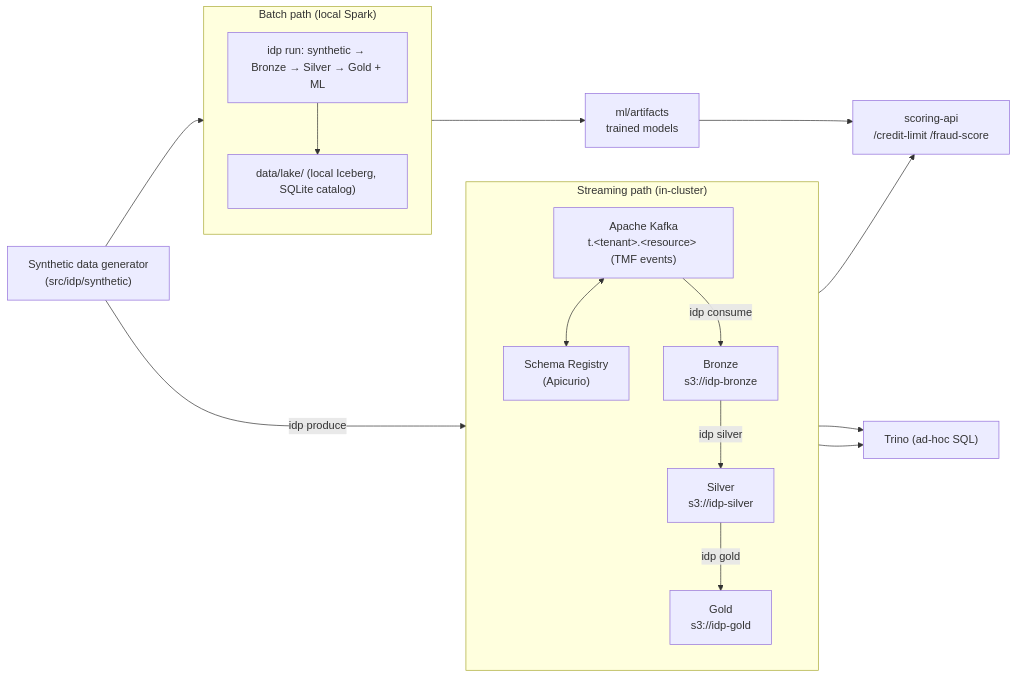
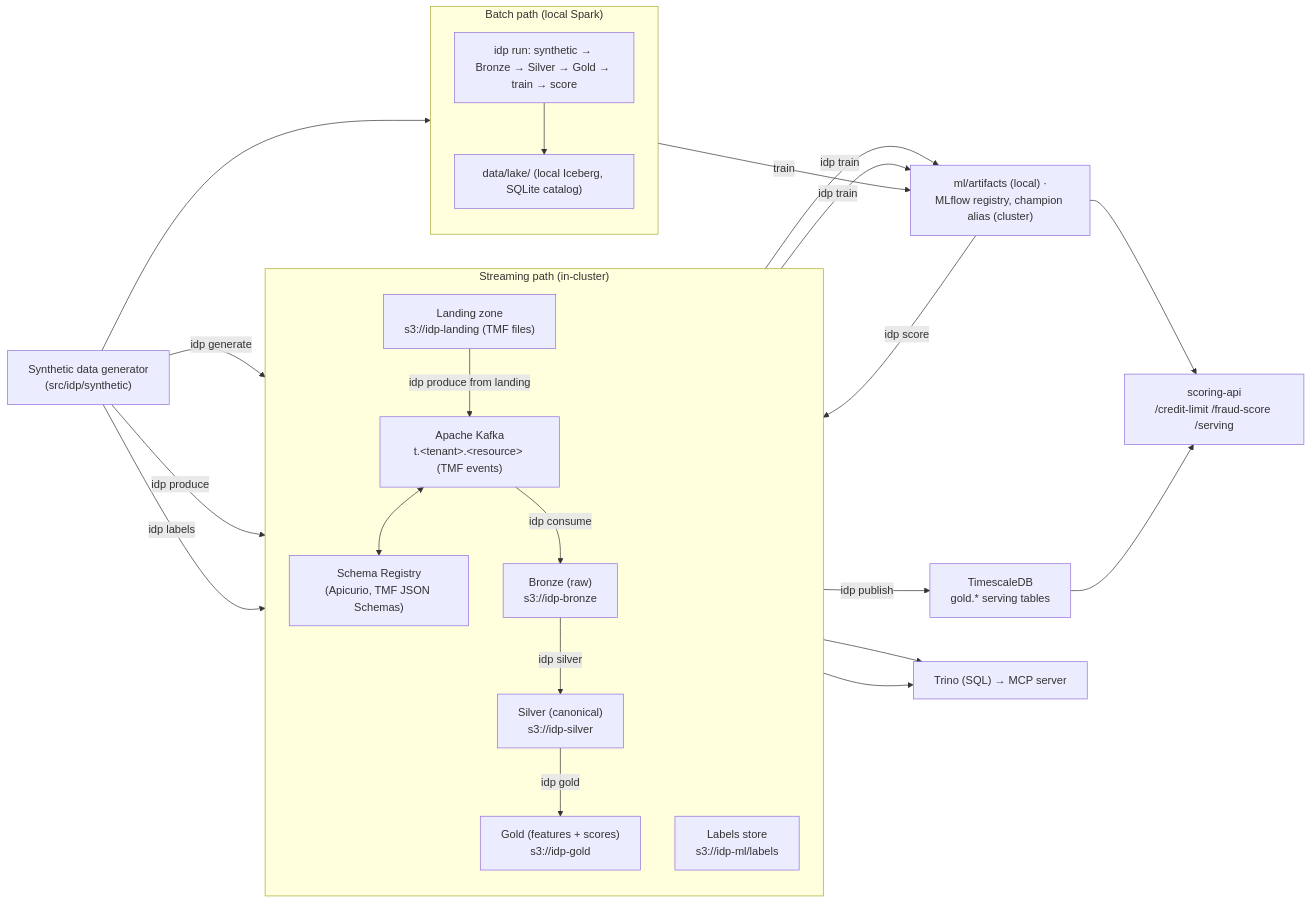
One commit to vikasagarwal2485/intelligent_data_platform changed the first of 3 diagrams in README.md. Above: the diagram before and after it, drawn with Mermaid. The commit also changed other lines of this file and 1 other file, not shown here.

````diff
--- a/README.md
+++ b/README.md
@@ -100,33 +117,43 @@
 ```mermaid
 flowchart LR
     SYN["Synthetic data generator<br/>(src/idp/synthetic)"]
 
     subgraph BATCH["Batch path (local Spark)"]
       direction TB
-      B_ALL["idp run: synthetic → Bronze → Silver → Gold + ML"]
+      B_ALL["idp run: synthetic → Bronze → Silver → Gold → train → score"]
       B_OUT["data/lake/ (local Iceberg, SQLite catalog)"]
       B_ALL --> B_OUT
     end
 
     subgraph STREAM["Streaming path (in-cluster)"]
       direction TB
+      LAND["Landing zone<br/>s3://idp-landing (TMF files)"]
       KAFKA["Apache Kafka<br/>t.&lt;tenant&gt;.&lt;resource&gt; (TMF events)"]
-      SR["Schema Registry<br/>(Apicurio)"]
-      BRONZE["Bronze<br/>s3://idp-bronze"]
-      SILVER["Silver<br/>s3://idp-silver"]
-      GOLD["Gold<br/>s3://idp-gold"]
+      SR["Schema Registry<br/>(Apicurio, TMF JSON Schemas)"]
+      BRONZE["Bronze (raw)<br/>s3://idp-bronze"]
+      SILVER["Silver (canonical)<br/>s3://idp-silver"]
+      GOLD["Gold (features + scores)<br/>s3://idp-gold"]
+      LABELS["Labels store<br/>s3://idp-ml/labels"]
+      LAND -->|idp produce from landing| KAFKA
       KAFKA <--> SR
       KAFKA -->|idp consume| BRONZE
       BRONZE -->|idp silver| SILVER
       SILVER -->|idp gold| GOLD
     end
 
+    SYN -->|idp generate| LAND
     SYN --> B_ALL
     SYN -->|idp produce| KAFKA
+    SYN -->|idp labels| LABELS
 
-    GOLD --> API["scoring-api<br/>/credit-limit /fraud-score"]
-    B_OUT --> MODELS["ml/artifacts<br/>trained models"]
-    MODELS --> API
-    SILVER --> TRINO["Trino (ad-hoc SQL)"]
+    MODELS["ml/artifacts (local) ·<br/>MLflow registry, champion alias (cluster)"]
+    B_ALL -->|train| MODELS
+    GOLD -->|idp train| MODELS
+    LABELS -->|idp train| MODELS
+    MODELS -->|idp score| GOLD
+    GOLD -->|idp publish| TS["TimescaleDB<br/>gold.* serving tables"]
+    MODELS --> API["scoring-api<br/>/credit-limit /fraud-score /serving"]
+    TS --> API
+    SILVER --> TRINO["Trino (SQL) → MCP server"]
     GOLD --> TRINO
 ```
````
